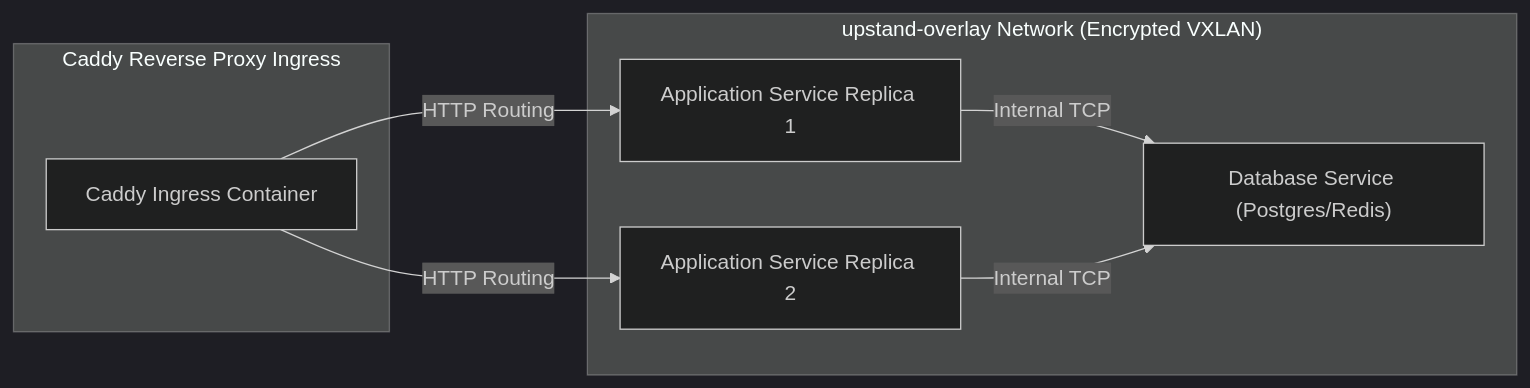
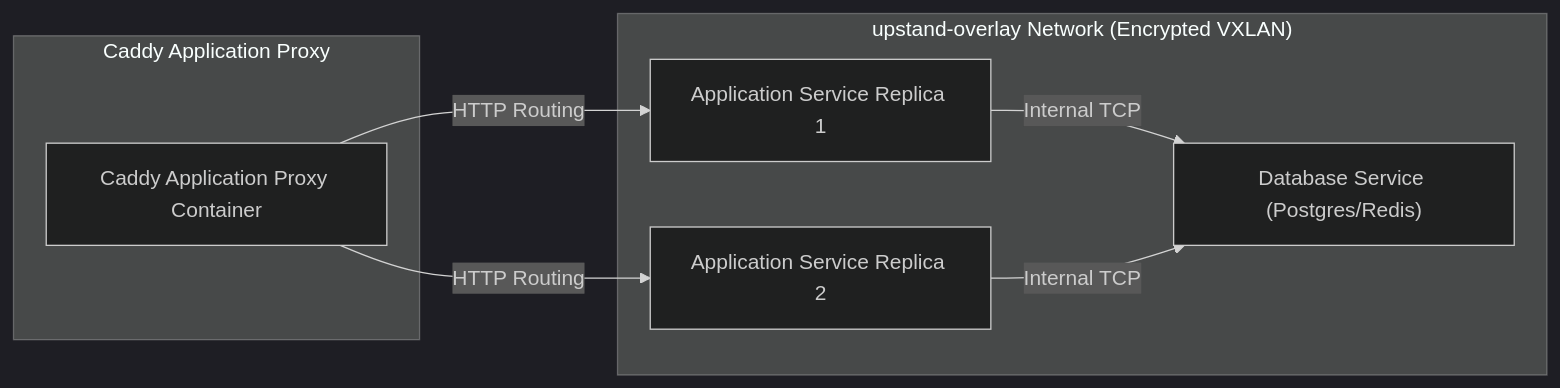
The second of 2 diagrams in apps/fumadocs/content/docs/features/servers.mdx (UpstandPlatform/upstand), drawn with Mermaid (dark theme) before and after one commit. The commit also changed 942 other files, not shown here.

````diff
--- a/apps/fumadocs/content/docs/features/servers.mdx
+++ b/apps/fumadocs/content/docs/features/servers.mdx
@@ -41,17 +41,17 @@
 ```mermaid
 graph LR
-    subgraph Ingress["Caddy Reverse Proxy Ingress"]
-        CaddyProxy["Caddy Ingress Container"]
+    subgraph Ingress["Caddy Application Proxy"]
+        CaddyProxy["Caddy Application Proxy Container"]
     end
 
     subgraph OverlayNet["upstand-overlay Network (Encrypted VXLAN)"]
         AppSvc1["Application Service Replica 1"]
         AppSvc2["Application Service Replica 2"]
         DbSvc["Database Service (Postgres/Redis)"]
     end
 
     CaddyProxy -->|HTTP Routing| AppSvc1
     CaddyProxy -->|HTTP Routing| AppSvc2
     AppSvc1 -->|Internal TCP| DbSvc
     AppSvc2 -->|Internal TCP| DbSvc
 ```
````
